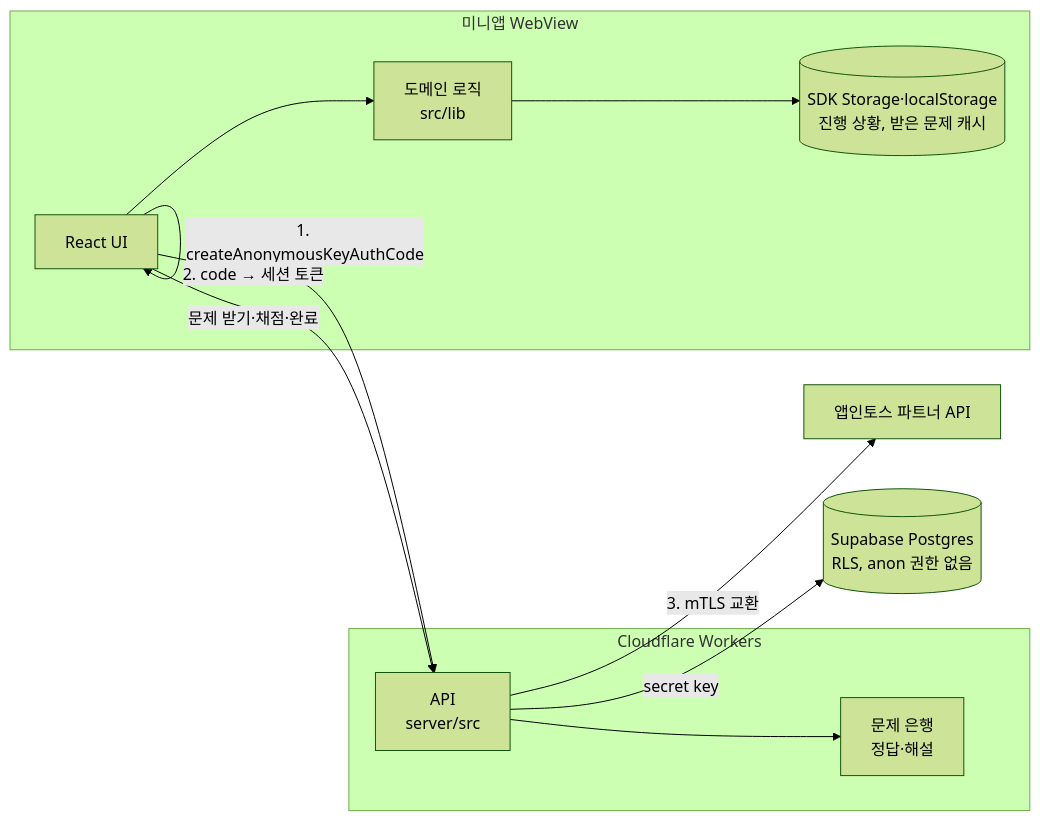
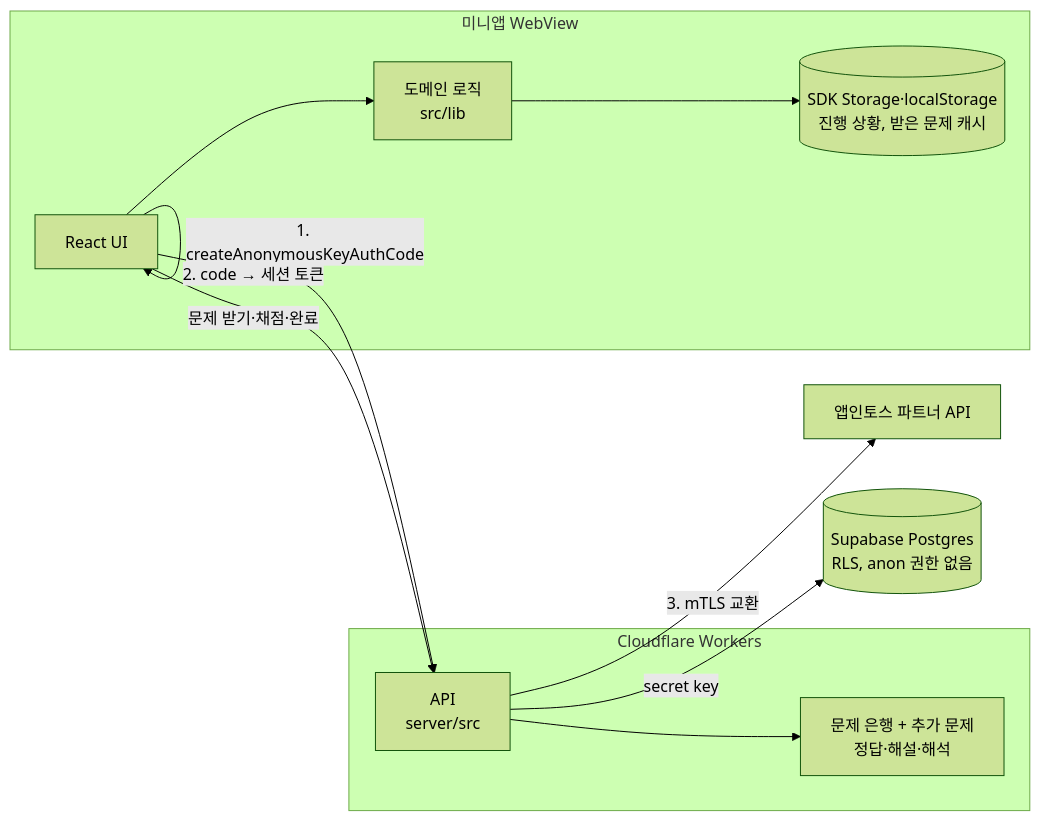
The second of 2 diagrams in docs/09_아키텍처.md (dldl8819/daily-english), drawn with Mermaid (forest theme) before and after one commit. The commit also changed other lines of this file and 43 other files, not shown here.

````diff
--- a/docs/09_아키텍처.md
+++ b/docs/09_아키텍처.md
@@ -74,22 +78,22 @@
 ```mermaid
 flowchart LR
     subgraph WV[미니앱 WebView]
         UI[React UI]
         LIB[도메인 로직<br/>src/lib]
         LS[(SDK Storage·localStorage<br/>진행 상황, 받은 문제 캐시)]
     end
     subgraph W[Cloudflare Workers]
         APP[API<br/>server/src]
-        BANK[문제 은행<br/>정답·해설]
+        BANK[문제 은행 + 추가 문제<br/>정답·해설·해석]
     end
     T[앱인토스 파트너 API]
     DB[(Supabase Postgres<br/>RLS, anon 권한 없음)]
     UI --> LIB
     LIB --> LS
     UI -->|1. createAnonymousKeyAuthCode| UI
     UI -->|2. code → 세션 토큰| APP
     APP -->|3. mTLS 교환| T
     UI -->|문제 받기·채점·완료| APP
     APP --> BANK
     APP -->|secret key| DB
 ```
````
